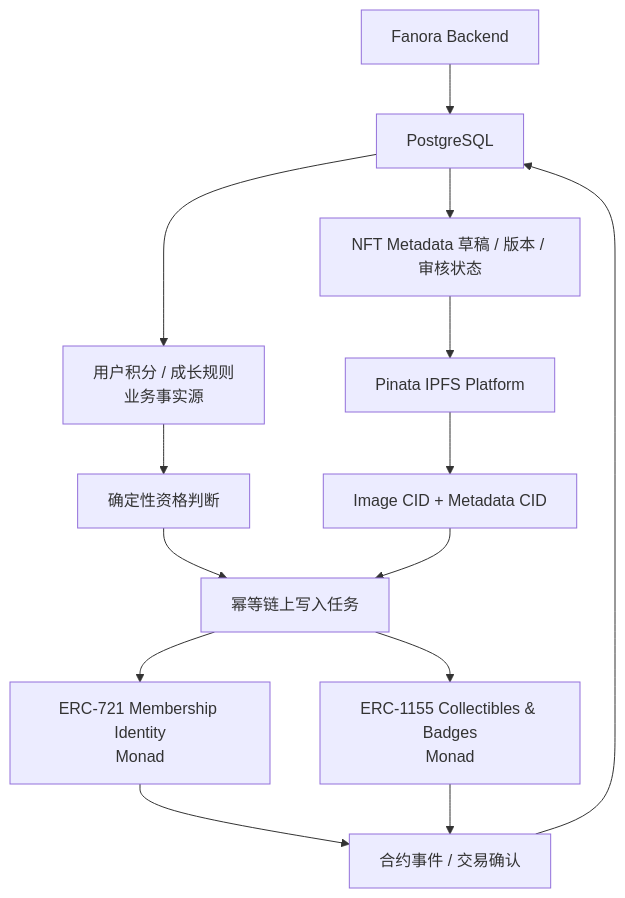
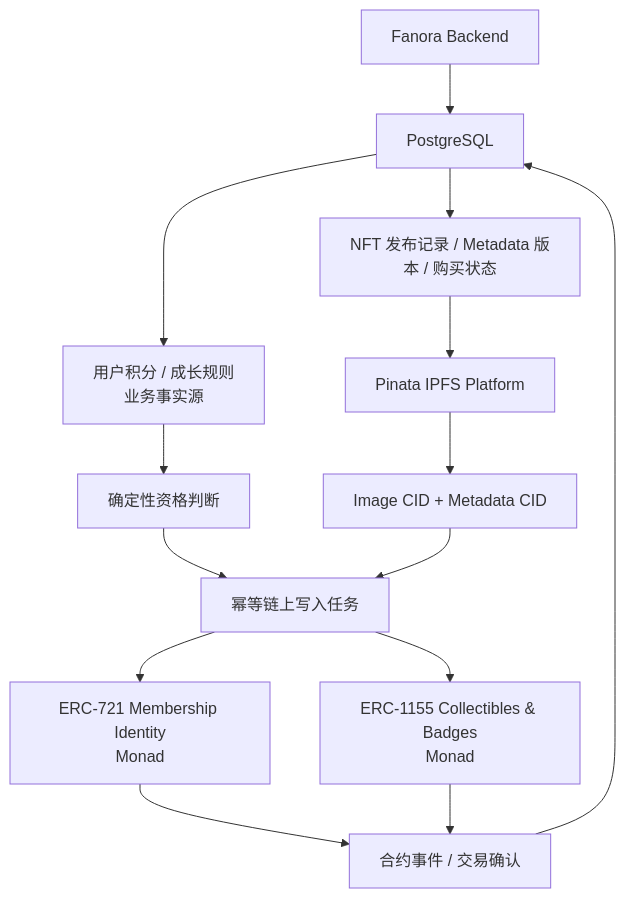
Before and after one commit to ouminghai/Fanora: the diagram in docs/PRODUCT_REQUIREMENTS.md, drawn with Mermaid. The commit also changed other lines of this file and 181 other files, not shown here.

````diff
--- a/docs/PRODUCT_REQUIREMENTS.md
+++ b/docs/PRODUCT_REQUIREMENTS.md
@@ -283,16 +284,16 @@
 ```mermaid
 flowchart TB
     BACKEND["Fanora Backend"] --> DB["PostgreSQL"]
     DB --> POINTS["用户积分 / 成长规则<br/>业务事实源"]
-    DB --> META["NFT Metadata 草稿 / 版本 / 审核状态"]
+    DB --> META["NFT 发布记录 / Metadata 版本 / 购买状态"]
     POINTS --> ELIGIBILITY["确定性资格判断"]
     META --> PINATA["Pinata IPFS Platform"]
     PINATA --> CID["Image CID + Metadata CID"]
     ELIGIBILITY --> TX["幂等链上写入任务"]
     CID --> TX
     TX --> ERC721["ERC-721 Membership Identity<br/>Monad"]
     TX --> ERC1155["ERC-1155 Collectibles & Badges<br/>Monad"]
     ERC721 --> EVENTS["合约事件 / 交易确认"]
     ERC1155 --> EVENTS
     EVENTS --> DB
 ```
````
